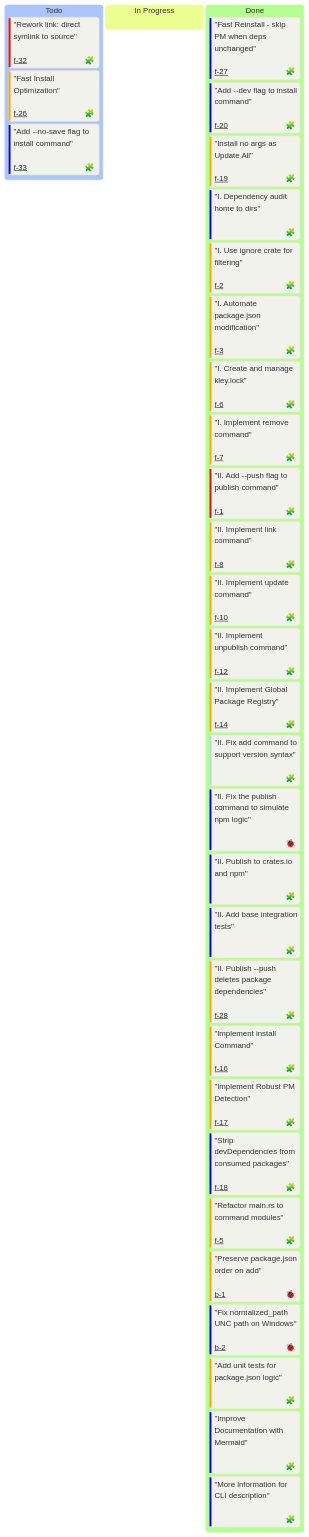
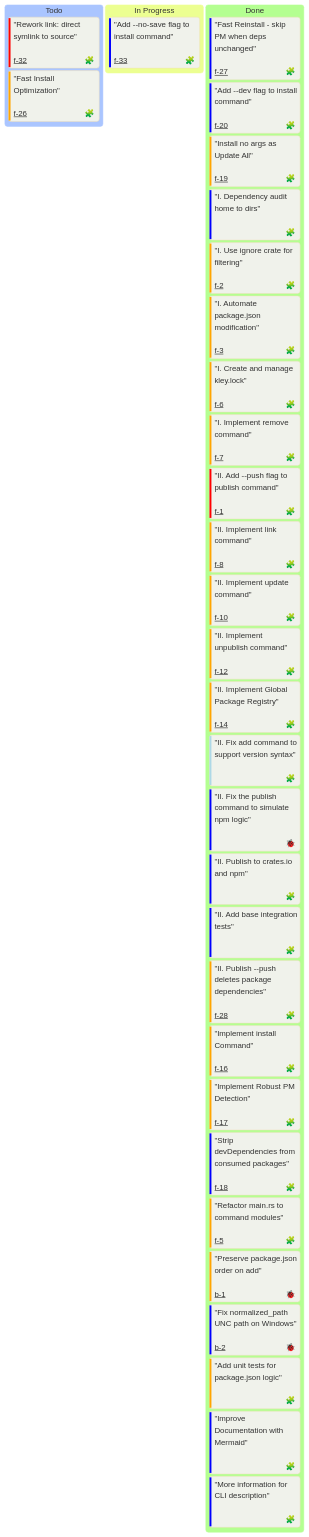
One commit to sumbad/kley changed the diagram in docs/milestones/M1-mvp.md. Above: the diagram before and after it, drawn with Mermaid. The commit also changed other lines of this file and 2 other files, not shown here.

````diff
--- a/docs/milestones/M1-mvp.md
+++ b/docs/milestones/M1-mvp.md
@@ -17,57 +17,57 @@
 ```mermaid
 ---
 config:
   kanban:
     ticketBaseUrl: 'https://github.com/sumbad/kley/tree/master/docs/tickets/#TICKET#.md'
     
     ### Legend
     # assigned - 🧩 = feat | 🐞 = bug
     # priority - `Very High` = Critical | `High` = High | `Low` = Medium | `Very Low` = Low
     # ticket - used for a ticket file name (tickets/#TICKET#.md)
 ---
 %%{init: {
   'theme': 'base',
   'themeVariables': {
     'darkMode': false,
     'background': '#F0F2EB'
   }
 }}%%
 
 kanban
     Todo
         "Rework link: direct symlink to source"<br/><br/>@{ assigned: 🧩, priority: 'Very High', ticket: 'f-32' }
         "Fast Install Optimization"<br/><br/>@{ assigned: 🧩, priority: 'High', ticket: 'f-26' }
-        "Add --no-save flag to install command"<br/><br/>@{ assigned: 🧩, priority: 'Low', ticket: 'f-33' }
 
     In Progress
+        "Add --no-save flag to install command"<br/><br/>@{ assigned: 🧩, priority: 'Low', ticket: 'f-33' }
 
     Done
         "Fast Reinstall - skip PM when deps unchanged"<br/><br/>@{ assigned: 🧩, priority: 'Low', ticket: 'f-27' }
         "Add --dev flag to install command"<br/><br/>@{ assigned: 🧩, priority: 'Low', ticket: 'f-20' }
         "Install no args as Update All"<br/><br/>@{ assigned: 🧩, priority: 'High', ticket: 'f-19' }
         "I. Dependency audit home to dirs"<br/><br/>@{ assigned: 🧩, priority: 'Low' }
         "I. Use ignore crate for filtering"<br/><br/>@{ assigned: 🧩, priority: 'High', ticket: 'f-2' }
         "I. Automate package.json modification"<br/><br/>@{ assigned: 🧩, priority: 'High', ticket: 'f-3' }
         "I. Create and manage kley.lock"<br/><br/>@{ assigned: 🧩, priority: 'High', ticket: 'f-6' }
         "I. Implement remove command"<br/><br/>@{ assigned: 🧩, priority: 'High', ticket: 'f-7' }
         "II. Add --push flag to publish command"<br/><br/>@{ assigned: 🧩, priority: 'Very High', ticket: 'f-1' }
         "II. Implement link command"<br/><br/>@{ assigned: 🧩, priority: 'High', ticket: 'f-8' }
         "II. Implement update command"<br/><br/>@{ assigned: 🧩, priority: 'High', ticket: 'f-10' }
         "II. Implement unpublish command"<br/><br/>@{ assigned: 🧩, priority: 'High', ticket: 'f-12' }
         "II. Implement Global Package Registry"<br/><br/>@{ assigned: 🧩, priority: 'High', ticket: 'f-14' }
         "II. Fix add command to support version syntax"<br/><br/>@{ assigned: 🧩, priority: 'Very Low' }
         "II. Fix the publish command to simulate npm logic"<br/><br/>@{ assigned: 🐞, priority: 'Low' }
         "II. Publish to crates.io and npm"<br/><br/>@{ assigned: 🧩, priority: 'Low' }
         "II. Add base integration tests"<br/><br/>@{ assigned: 🧩, priority: 'Low' }
         "II. Publish --push deletes package dependencies"<br/><br/>@{ assigned: 🧩, priority: 'High', ticket: 'f-28' }
         "Implement install Command"<br/><br/>@{ assigned: 🧩, priority: 'High', ticket: 'f-16' }
         "Implement Robust PM Detection"<br/><br/>@{ assigned: 🧩, priority: 'High', ticket: 'f-17' }
         "Strip devDependencies from consumed packages"<br/><br/>@{ assigned: 🧩, priority: 'Low', ticket: 'f-18' }
         "Refactor main.rs to command modules"<br/><br/>@{ assigned: 🧩, priority: 'High', ticket: 'f-5' }
         "Preserve package.json order on add"<br/><br/>@{ assigned: 🐞, priority: 'High', ticket: 'b-1' }
         "Fix normalized_path UNC path on Windows"<br/><br/>@{ assigned: 🐞, priority: 'Low', ticket: 'b-2' }
         "Add unit tests for package.json logic"<br/><br/>@{ assigned: 🧩, priority: 'High' }
         "Improve Documentation with Mermaid"<br/><br/>@{ assigned: 🧩, priority: 'Low' }
         "More information for CLI description"<br/><br/>@{ assigned: 🧩, priority: 'Low' }
 
 ```
````
